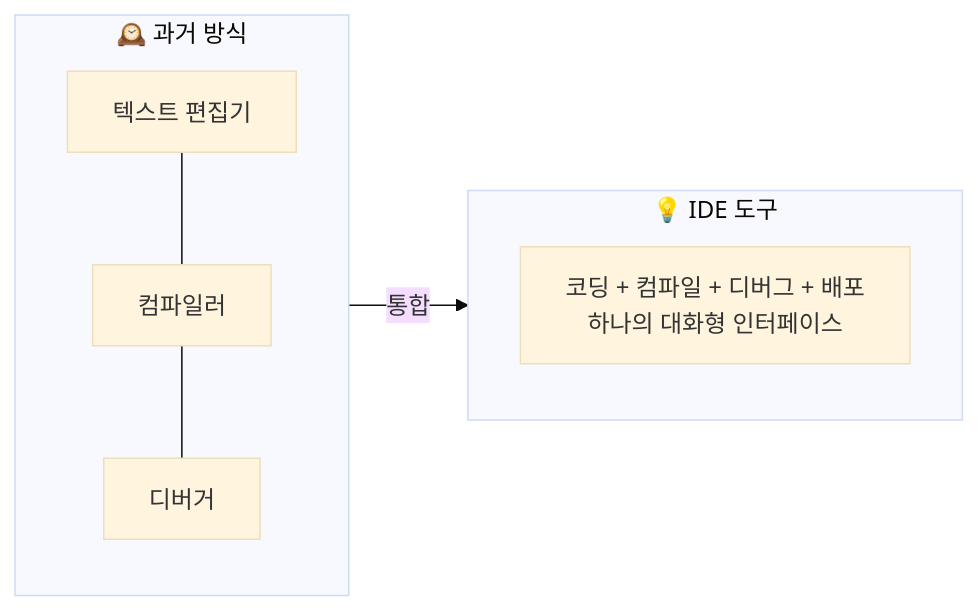
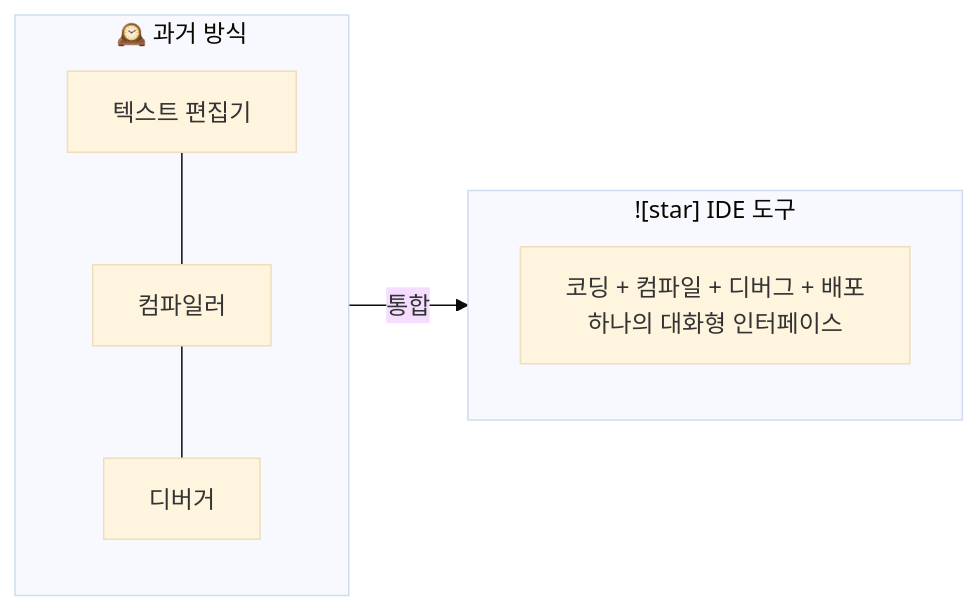
Before and after one commit to sungjin-dev/sungjin-dev.github.io: diagram 20 of 25 in _posts/2026-07-19-eip-data-structure-study-1.md, drawn with Mermaid (base theme). The commit also changed other lines of this file, not shown here.

````diff
--- a/_posts/2026-07-19-eip-data-structure-study-1.md
+++ b/_posts/2026-07-19-eip-data-structure-study-1.md
@@ -967,10 +995,10 @@
 ```mermaid
 flowchart LR
     subgraph 과거["🕰️ 과거 방식"]
         A[텍스트 편집기] --- B[컴파일러] --- C[디버거]
     end
-    subgraph IDE["💡 IDE 도구"]
+    subgraph IDE["![star] IDE 도구"]
         D[코딩 + 컴파일 + 디버그 + 배포<br/>하나의 대화형 인터페이스]
     end
     과거 -->|통합| IDE
 ```
````
